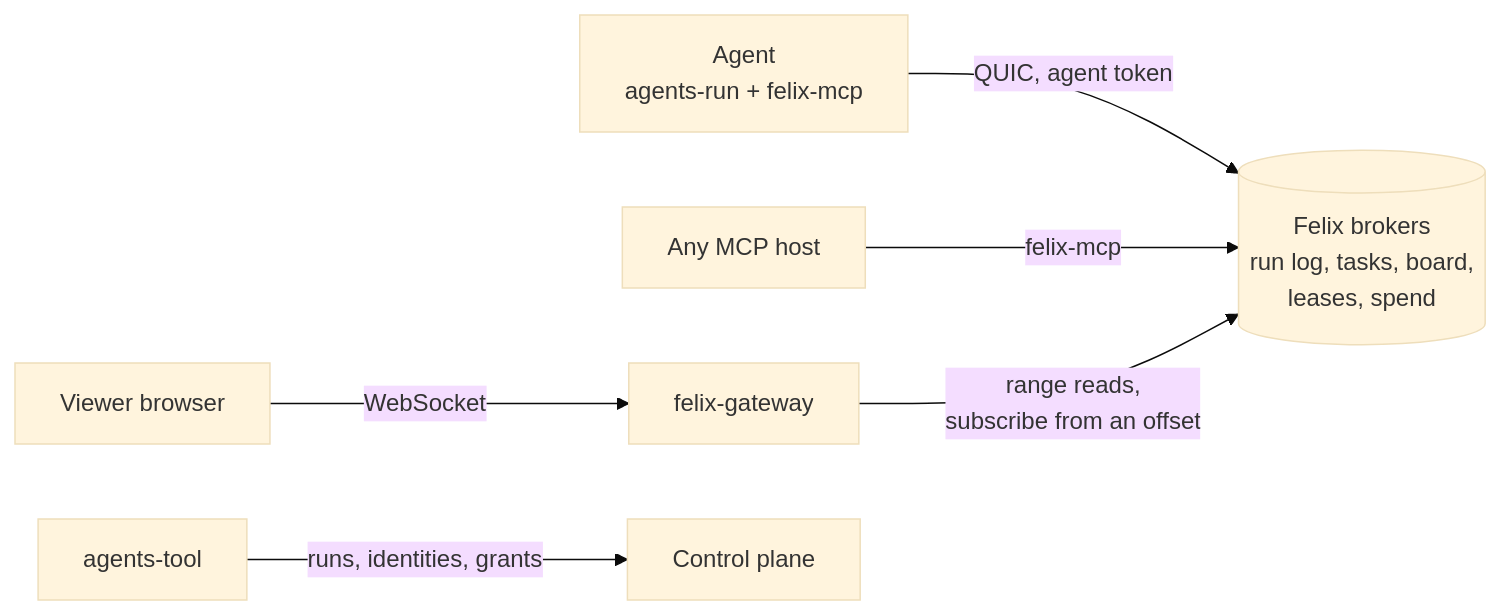
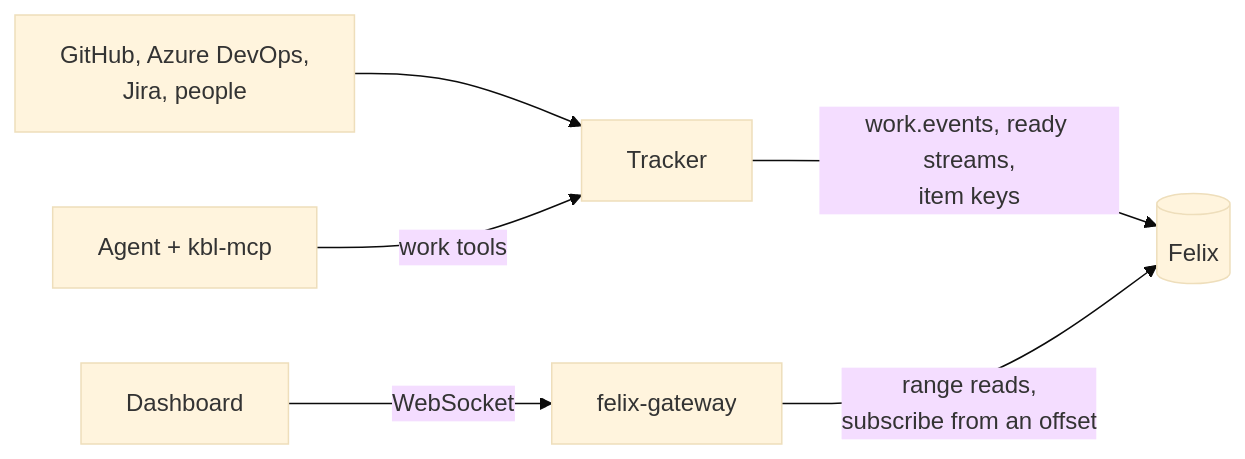
Before and after one commit to GetFelix/felix: the diagram in docs-site/src/content/docs/built-on-felix/agents.md, drawn with Mermaid (base theme). The commit also changed other lines of this file and 5 other files, not shown here.

Commit message:
docs(built-on-felix): rewrite the KBL page as the work tracker it is now

````diff
--- a/docs-site/src/content/docs/built-on-felix/agents.md
+++ b/docs-site/src/content/docs/built-on-felix/agents.md
@@ -73,8 +64,8 @@
 ```mermaid
 flowchart LR
-  A["Agent<br/>agents-run + felix-mcp"] -- "QUIC, agent token" --> B[("Felix brokers<br/>run log, tasks, board,<br/>leases, spend")]
-  H["Any MCP host"] -- "felix-mcp" --> B
-  V["Viewer browser"] -- "WebSocket" --> G["felix-gateway"]
-  G -- "range reads,<br/>subscribe from an offset" --> B
-  T["agents-tool"] -- "runs, identities, grants" --> CP["Control plane"]
+  S["GitHub, Azure DevOps,<br/>Jira, people"] --> T["Tracker"]
+  T -- "work.events, ready streams,<br/>item keys" --> F[("Felix")]
+  A["Agent + kbl-mcp"] -- "work tools" --> T
+  D["Dashboard"] -- "WebSocket" --> G["felix-gateway"]
+  G -- "range reads,<br/>subscribe from an offset" --> F
 ```
````
